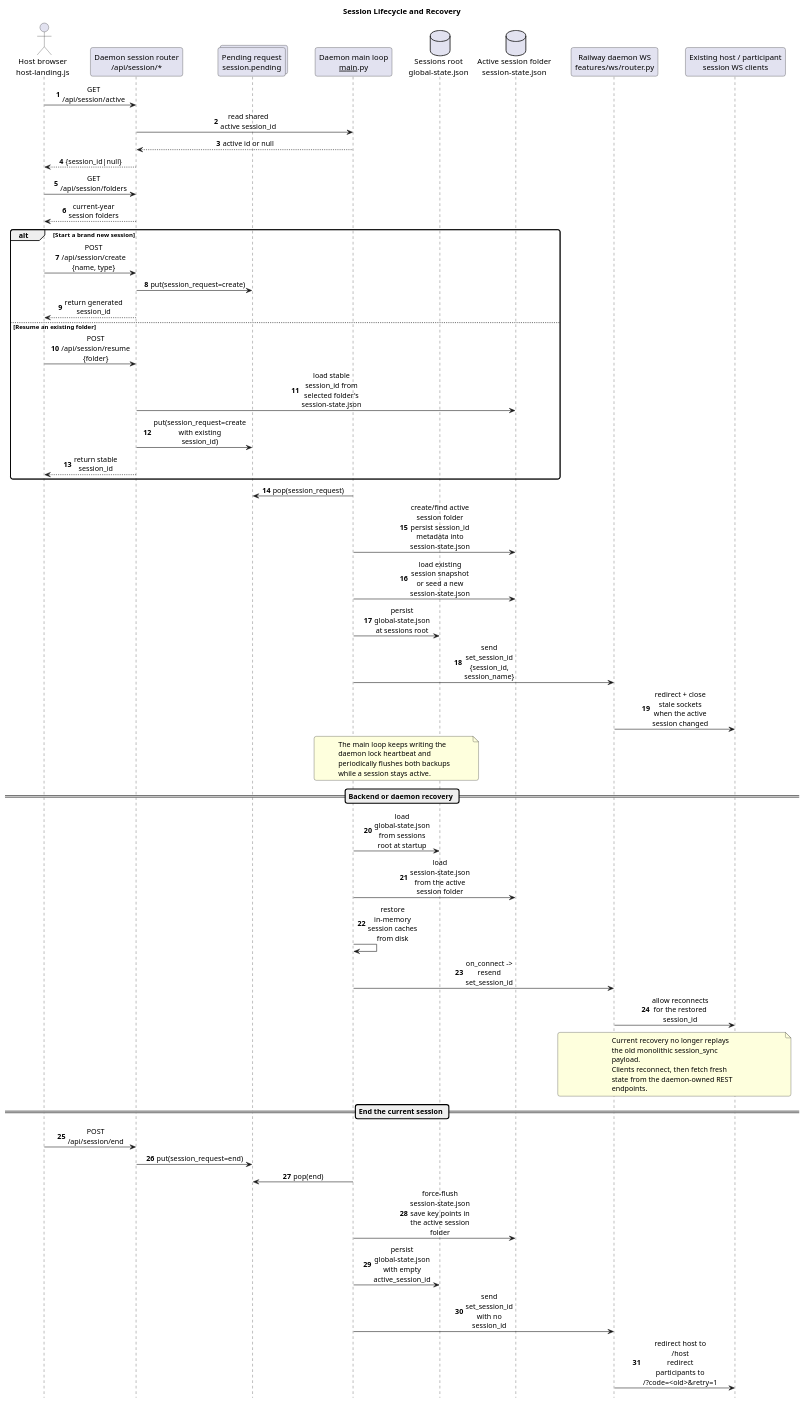
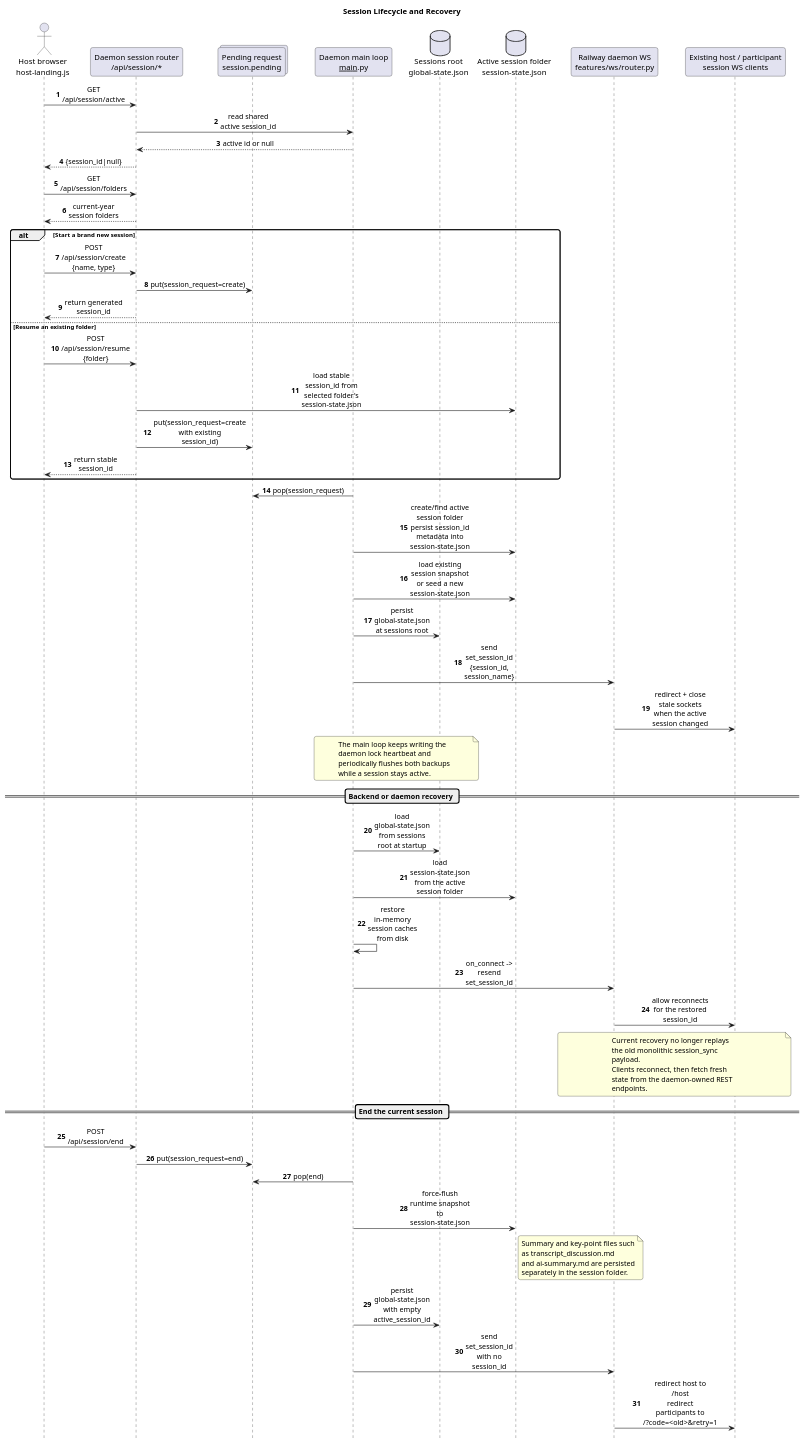
One commit to victorrentea/training-assistant changed the diagram in docs/sequences/01-session-lifecycle-and-recovery.puml. Above: the diagram before and after it, drawn with PlantUML. The commit also changed 2 other files, not shown here.

Commit message:
Check sequence svg freshness

```diff
--- a/docs/sequences/01-session-lifecycle-and-recovery.puml
+++ b/docs/sequences/01-session-lifecycle-and-recovery.puml
@@ -1,76 +1,80 @@
 @startuml
 title Session Lifecycle and Recovery
 hide footbox
 autonumber
 
 skinparam BackgroundColor transparent
 skinparam SequenceMessageAlign center
 skinparam ParticipantPadding 20
 skinparam BoxPadding 10
 skinparam MaxMessageSize 110
 skinparam WrapWidth 220
 skinparam RoundCorner 8
 
 actor "Host browser\nhost-landing.js" as Host
 participant "Daemon session router\n/api/session/*" as SessionAPI
 collections "Pending request\nsession.pending" as Pending
 participant "Daemon main loop\n__main__.py" as Loop
 database "Sessions root\nglobal-state.json" as GlobalState
 database "Active session folder\nsession-state.json" as SessionState
 participant "Railway daemon WS\nfeatures/ws/router.py" as RailwayWS
 participant "Existing host / participant\nsession WS clients" as Clients
 
 Host -> SessionAPI: GET /api/session/active
 SessionAPI -> Loop: read shared active session_id
 Loop --> SessionAPI: active id or null
 SessionAPI --> Host: {session_id|null}
 
 Host -> SessionAPI: GET /api/session/folders
 SessionAPI --> Host: current-year session folders
 
 alt Start a brand new session
   Host -> SessionAPI: POST /api/session/create {name, type}
   SessionAPI -> Pending: put(session_request=create)
   SessionAPI --> Host: return generated session_id
 else Resume an existing folder
   Host -> SessionAPI: POST /api/session/resume {folder}
   SessionAPI -> SessionState: load stable session_id from selected folder's\nsession-state.json
   SessionAPI -> Pending: put(session_request=create with existing session_id)
   SessionAPI --> Host: return stable session_id
 end
 
 Loop -> Pending: pop(session_request)
 Loop -> SessionState: create/find active session folder\npersist session_id metadata into session-state.json
 Loop -> SessionState: load existing session snapshot or seed a new\nsession-state.json
 Loop -> GlobalState: persist global-state.json at sessions root
 Loop -> RailwayWS: send set_session_id {session_id, session_name}
 RailwayWS -> Clients: redirect + close stale sockets\nwhen the active session changed
 
 note over Loop, GlobalState
 The main loop keeps writing the daemon lock heartbeat and
 periodically flushes both backups while a session stays active.
 end note
 
 == Backend or daemon recovery ==
 
 Loop -> GlobalState: load global-state.json from sessions root at startup
 Loop -> SessionState: load session-state.json from the active session folder
 Loop -> Loop: restore in-memory session caches from disk
 Loop -> RailwayWS: on_connect -> resend set_session_id
 RailwayWS -> Clients: allow reconnects for the restored session_id
 
 note over RailwayWS, Clients
 Current recovery no longer replays the old monolithic session_sync payload.
 Clients reconnect, then fetch fresh state from the daemon-owned REST endpoints.
 end note
 
 == End the current session ==
 
 Host -> SessionAPI: POST /api/session/end
 SessionAPI -> Pending: put(session_request=end)
 Loop -> Pending: pop(end)
-Loop -> SessionState: force-flush session-state.json\nsave key points in the active session folder
+Loop -> SessionState: force-flush runtime snapshot to session-state.json
+note right of SessionState
+Summary and key-point files such as transcript_discussion.md
+and ai-summary.md are persisted separately in the session folder.
+end note
 Loop -> GlobalState: persist global-state.json with empty active_session_id
 Loop -> RailwayWS: send set_session_id with no session_id
 RailwayWS -> Clients: redirect host to /host\nredirect participants to /?code=<old>&retry=1
 @enduml
```
